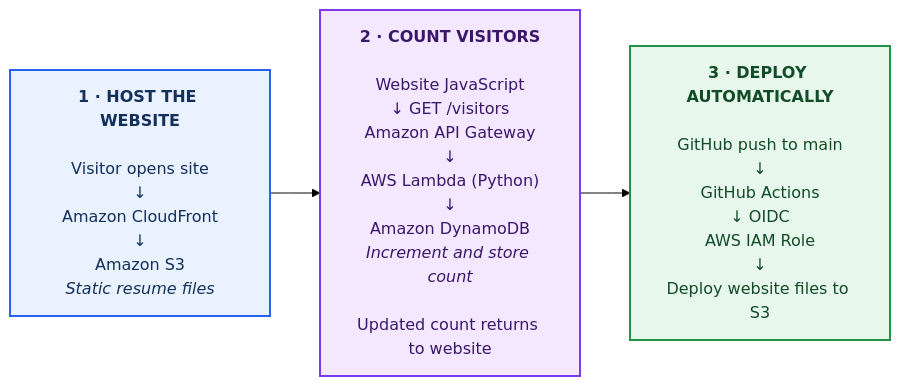
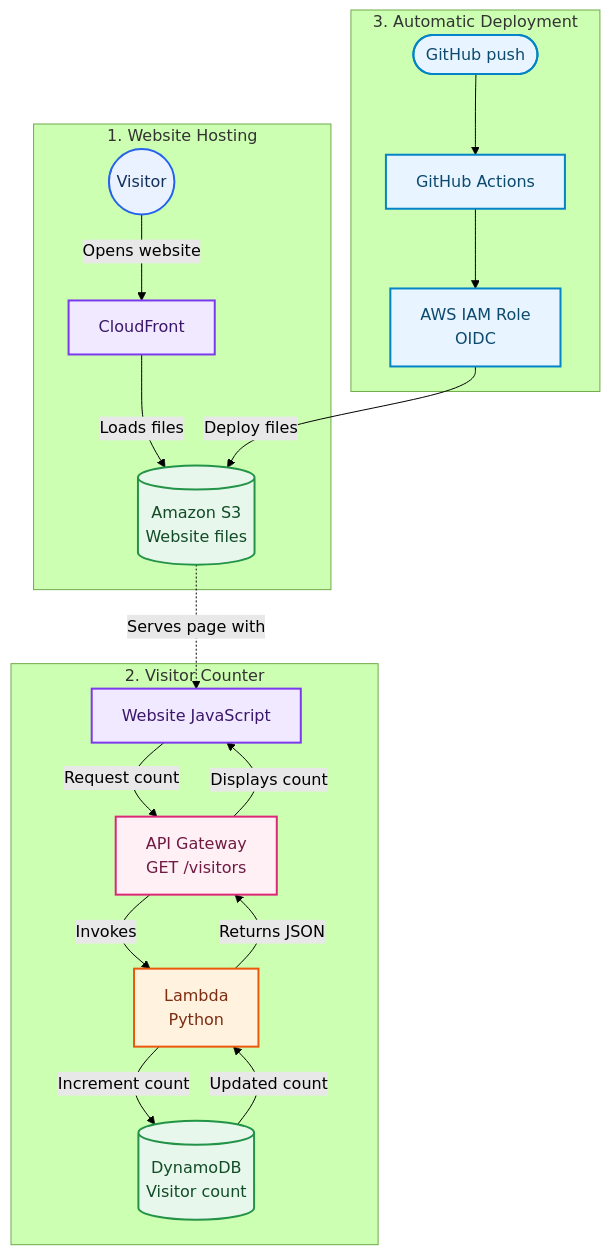
The diagram in docs/architecture.md (nikhilmastud/CloudNova-Serverless-Resume), drawn with Mermaid (forest theme) before and after one commit. The commit also changed other lines of this file, not shown here.

Commit message:
Simplify architecture diagram with shapes and arrows

````diff
--- a/docs/architecture.md
+++ b/docs/architecture.md
@@ -5,16 +5,49 @@
 ```mermaid
-flowchart LR
-    S1["<b>1 · HOST THE WEBSITE</b><br/><br/>Visitor opens site<br/>↓<br/>Amazon CloudFront<br/>↓<br/>Amazon S3<br/><i>Static resume files</i>"]
-    S2["<b>2 · COUNT VISITORS</b><br/><br/>Website JavaScript<br/>↓ GET /visitors<br/>Amazon API Gateway<br/>↓<br/>AWS Lambda (Python)<br/>↓<br/>Amazon DynamoDB<br/><i>Increment and store count</i><br/><br/>Updated count returns to website"]
-    S3["<b>3 · DEPLOY AUTOMATICALLY</b><br/><br/>GitHub push to main<br/>↓<br/>GitHub Actions<br/>↓ OIDC<br/>AWS IAM Role<br/>↓<br/>Deploy website files to S3"]
+flowchart TB
+    V((Visitor))
 
-    S1 --> S2 --> S3
+    subgraph HOST["1. Website Hosting"]
+      CF[CloudFront]
+      S3[(Amazon S3<br/>Website files)]
+      V -->|Opens website| CF
+      CF -->|Loads files| S3
+    end
 
-    classDef website fill:#EAF2FF,stroke:#2563EB,color:#12305A,stroke-width:2px;
-    classDef counter fill:#F3E8FF,stroke:#7C3AED,color:#3B176B,stroke-width:2px;
-    classDef deploy fill:#E8F7EC,stroke:#239447,color:#124B27,stroke-width:2px;
+    subgraph COUNT["2. Visitor Counter"]
+      JS[Website JavaScript]
+      API[API Gateway<br/>GET /visitors]
+      L[Lambda<br/>Python]
+      DB[(DynamoDB<br/>Visitor count)]
 
-    class S1 website;
-    class S2 counter;
-    class S3 deploy;
+      JS -->|Request count| API
+      API -->|Invokes| L
+      L -->|Increment count| DB
+      DB -->|Updated count| L
+      L -->|Returns JSON| API
+      API -->|Displays count| JS
+    end
+
+    S3 -.->|Serves page with| JS
+
+    subgraph DEPLOY["3. Automatic Deployment"]
+      GH([GitHub push])
+      GA[GitHub Actions]
+      IAM[AWS IAM Role<br/>OIDC]
+      GH --> GA --> IAM
+      IAM -->|Deploy files| S3
+    end
+
+    classDef user fill:#EAF2FF,stroke:#2563EB,color:#12305A,stroke-width:2px;
+    classDef web fill:#F0E9FF,stroke:#7C3AED,color:#3B176B,stroke-width:2px;
+    classDef store fill:#E8F7EC,stroke:#239447,color:#124B27,stroke-width:2px;
+    classDef api fill:#FFF0F5,stroke:#DB2777,color:#701A43,stroke-width:2px;
+    classDef compute fill:#FFF3E0,stroke:#EA580C,color:#7C2D12,stroke-width:2px;
+    classDef deploy fill:#E8F4FF,stroke:#0284C7,color:#0C4A6E,stroke-width:2px;
+
+    class V user;
+    class CF,JS web;
+    class S3,DB store;
+    class API api;
+    class L compute;
+    class GH,GA,IAM deploy;
 ```
````
